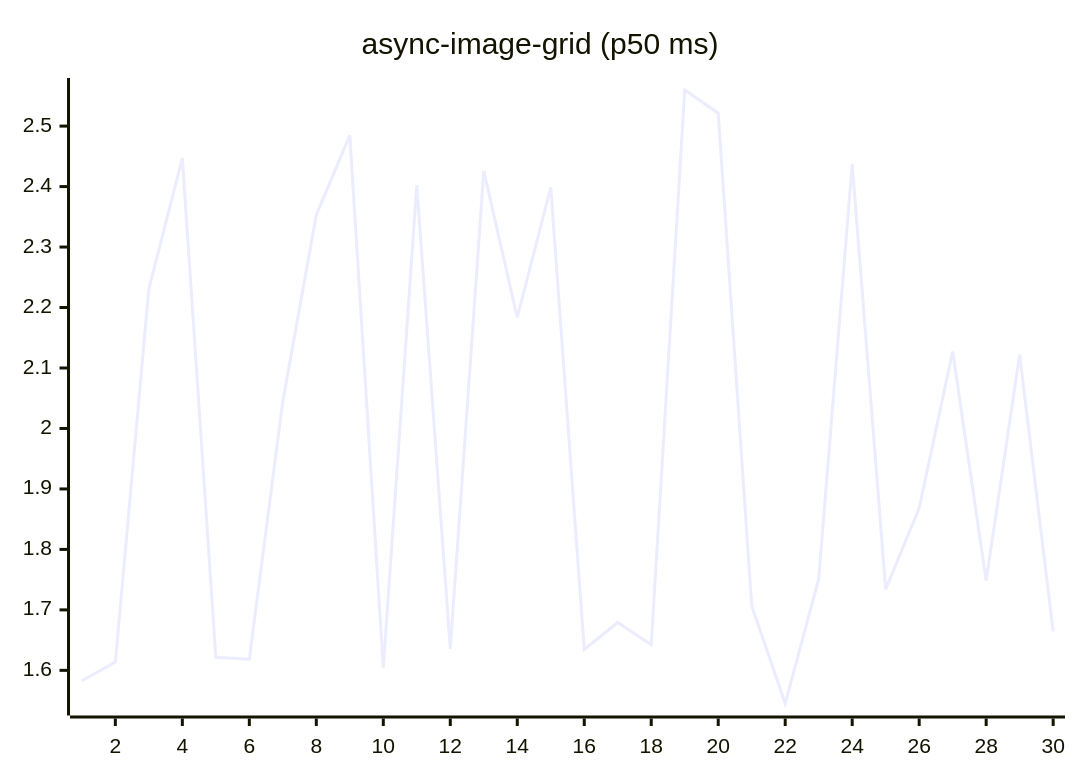
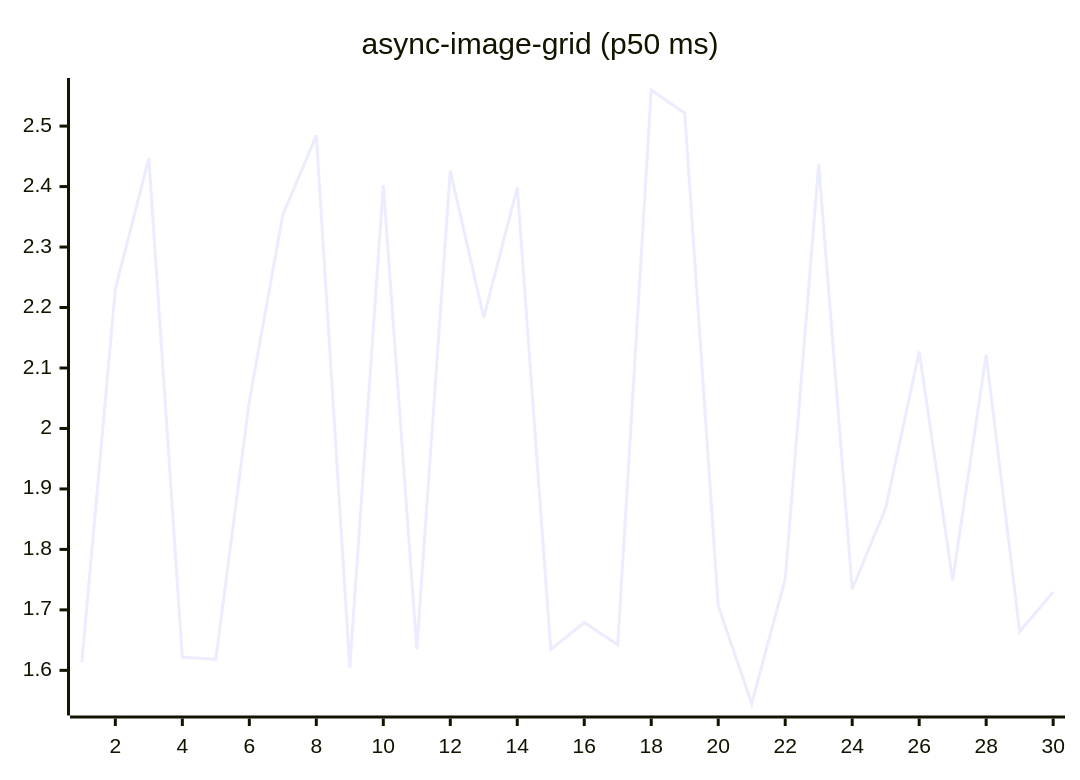
The fifth of 27 diagrams in README.md (josha/Facet), drawn with Mermaid before and after one commit. The commit also changed other lines of this file and 2 other files, not shown here.

````diff
--- a/README.md
+++ b/README.md
@@ -91,6 +91,6 @@
 ```mermaid
 xychart-beta
     title "async-image-grid (p50 ms)"
     x-axis 1 --> 30
-    line [1.5829, 1.6137, 2.2308, 2.4470, 1.6216, 1.6184, 2.0452, 2.3531, 2.4847, 1.6045, 2.4025, 1.6357, 2.4260, 2.1835, 2.3985, 1.6346, 1.6792, 1.6424, 2.5597, 2.5214, 1.7066, 1.5452, 1.7512, 2.4372, 1.7341, 1.8684, 2.1272, 1.7487, 2.1221, 1.6642]
+    line [1.6137, 2.2308, 2.4470, 1.6216, 1.6184, 2.0452, 2.3531, 2.4847, 1.6045, 2.4025, 1.6357, 2.4260, 2.1835, 2.3985, 1.6346, 1.6792, 1.6424, 2.5597, 2.5214, 1.7066, 1.5452, 1.7512, 2.4372, 1.7341, 1.8684, 2.1272, 1.7487, 2.1221, 1.6642, 1.7295]
 ```
````
